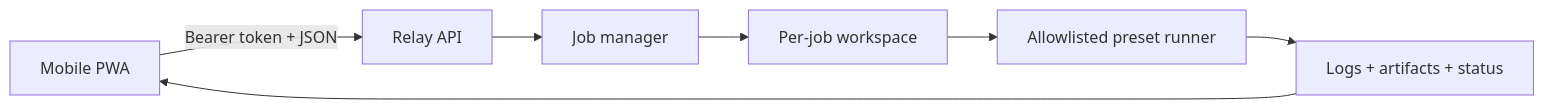
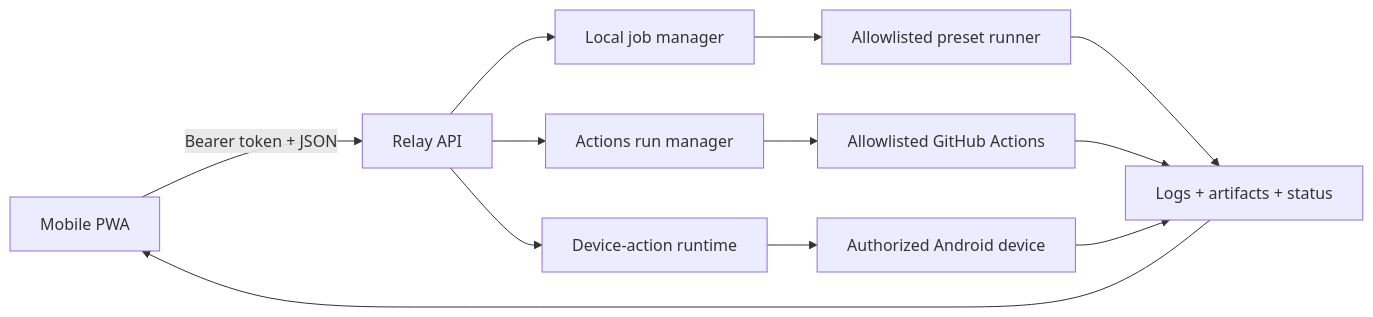
One commit to sheryloe/pocketforge-relay changed the diagram in README.md. Above: the diagram before and after it, drawn with Mermaid. The commit also changed other lines of this file and 57 other files, not shown here.

````diff
--- a/README.md
+++ b/README.md
@@ -83,9 +101,14 @@
 ```mermaid
 flowchart LR
   Phone["Mobile PWA"] -->|"Bearer token + JSON"| Relay["Relay API"]
-  Relay --> Queue["Job manager"]
-  Queue --> Workspace["Per-job workspace"]
-  Workspace --> Runner["Allowlisted preset runner"]
+  Relay --> Local["Local job manager"]
+  Relay --> Actions["Actions run manager"]
+  Relay --> Device["Device-action runtime"]
+  Local --> Runner["Allowlisted preset runner"]
+  Actions --> GHA["Allowlisted GitHub Actions"]
+  Device --> ADB["Authorized Android device"]
   Runner --> Evidence["Logs + artifacts + status"]
+  GHA --> Evidence
+  ADB --> Evidence
   Evidence --> Phone
 ```
````
